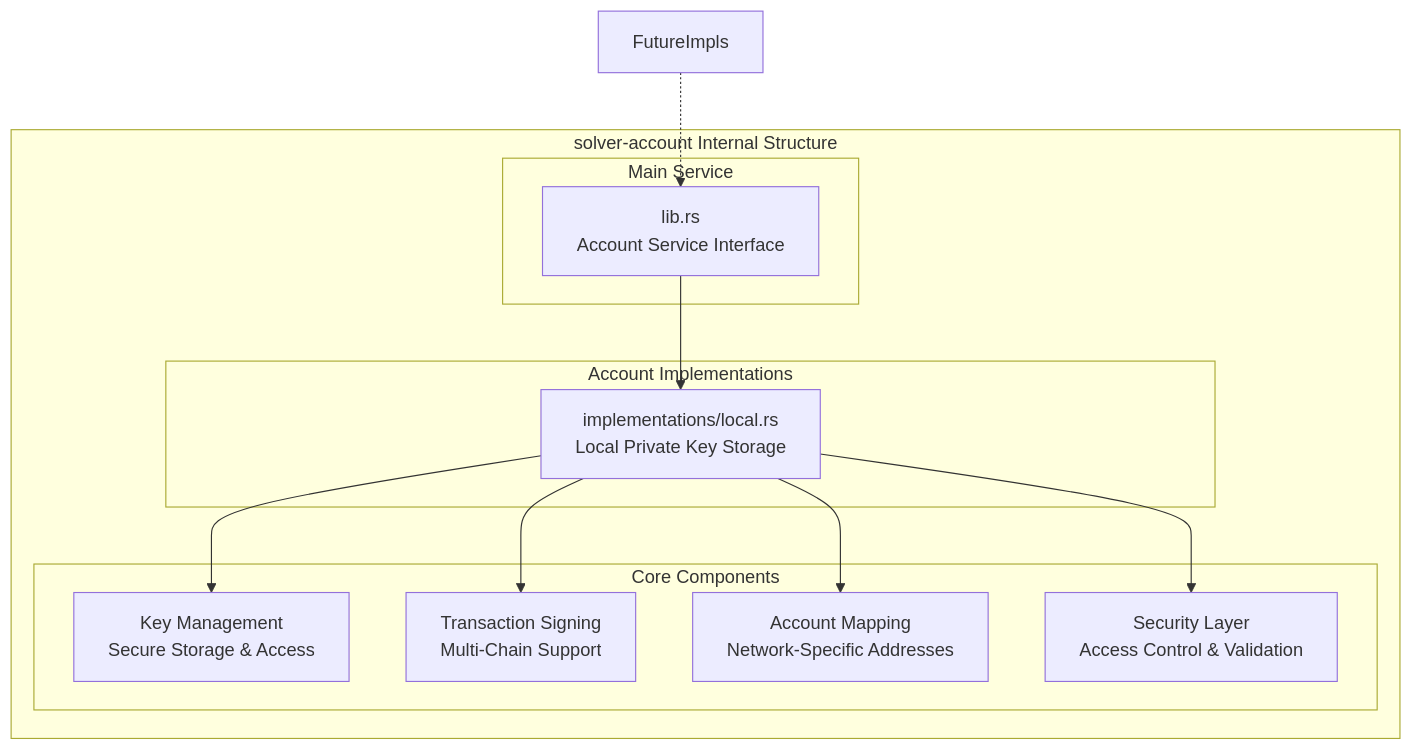
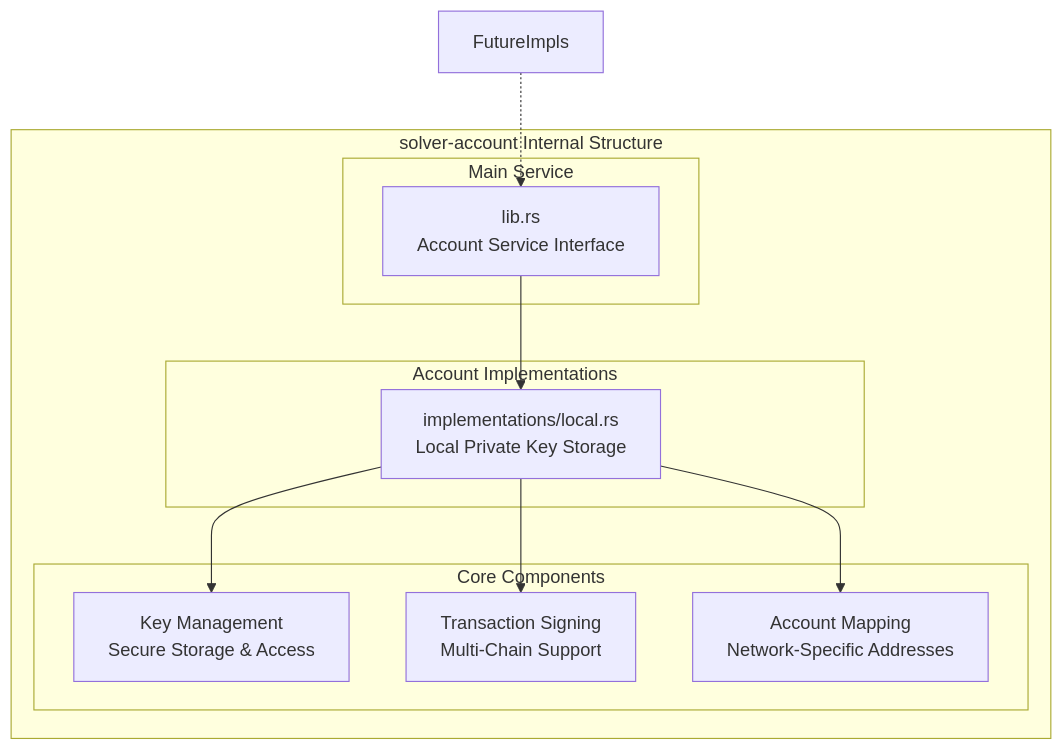
The first of 2 diagrams in docs/developer/crates/solver-account.md (openintentsframework/oif-solver), drawn with Mermaid before and after one commit. The commit also changed other lines of this file and 9 other files, not shown here.

````diff
--- a/docs/developer/crates/solver-account.md
+++ b/docs/developer/crates/solver-account.md
@@ -9,27 +9,25 @@
 ```mermaid
 graph TB
     subgraph "solver-account Internal Structure"
         subgraph "Main Service"
             AccountService[lib.rs<br/>Account Service Interface]
         end
 
         subgraph "Account Implementations"
             LocalAccount[implementations/local.rs<br/>Local Private Key Storage]
         end
 
         subgraph "Core Components"
             KeyManagement[Key Management<br/>Secure Storage & Access]
             TransactionSigning[Transaction Signing<br/>Multi-Chain Support]
             AccountMapping[Account Mapping<br/>Network-Specific Addresses]
-            SecurityLayer[Security Layer<br/>Access Control & Validation]
         end
     end
 
     AccountService --> LocalAccount
     LocalAccount --> KeyManagement
     LocalAccount --> TransactionSigning
     LocalAccount --> AccountMapping
-    LocalAccount --> SecurityLayer
 
     FutureImpls -.-> AccountService
 ```
````
